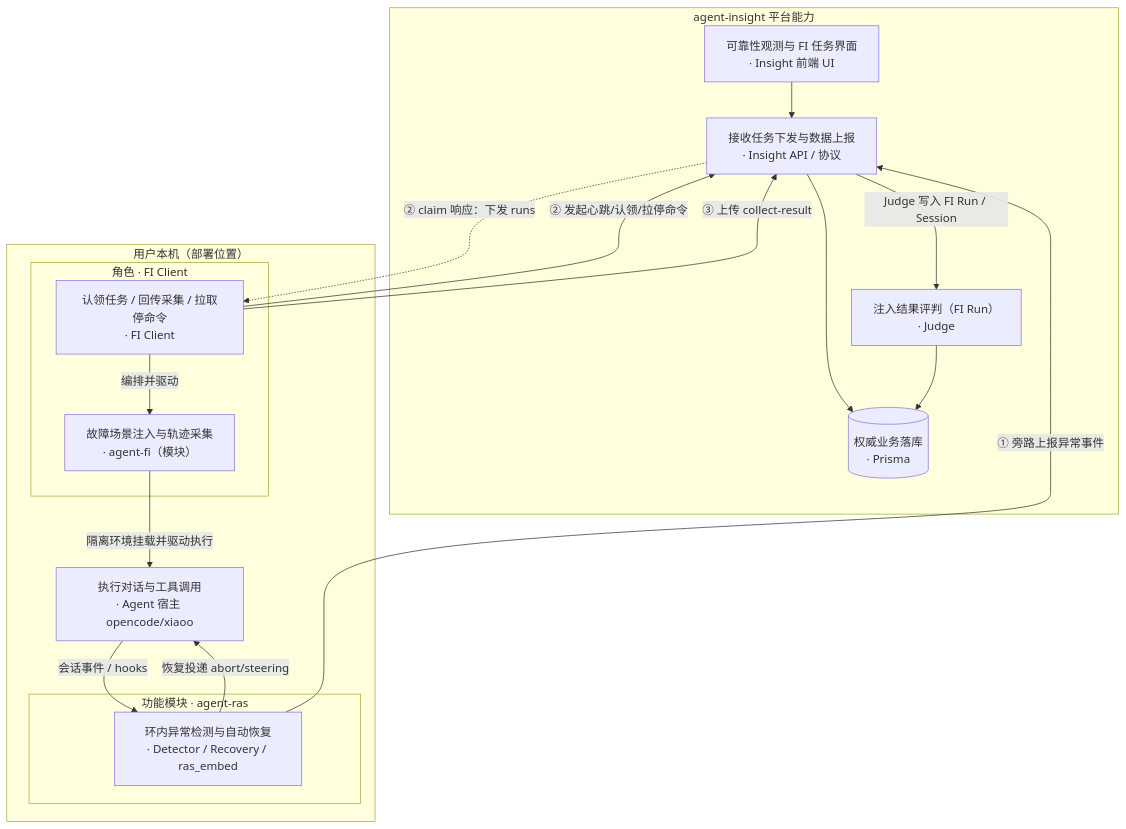
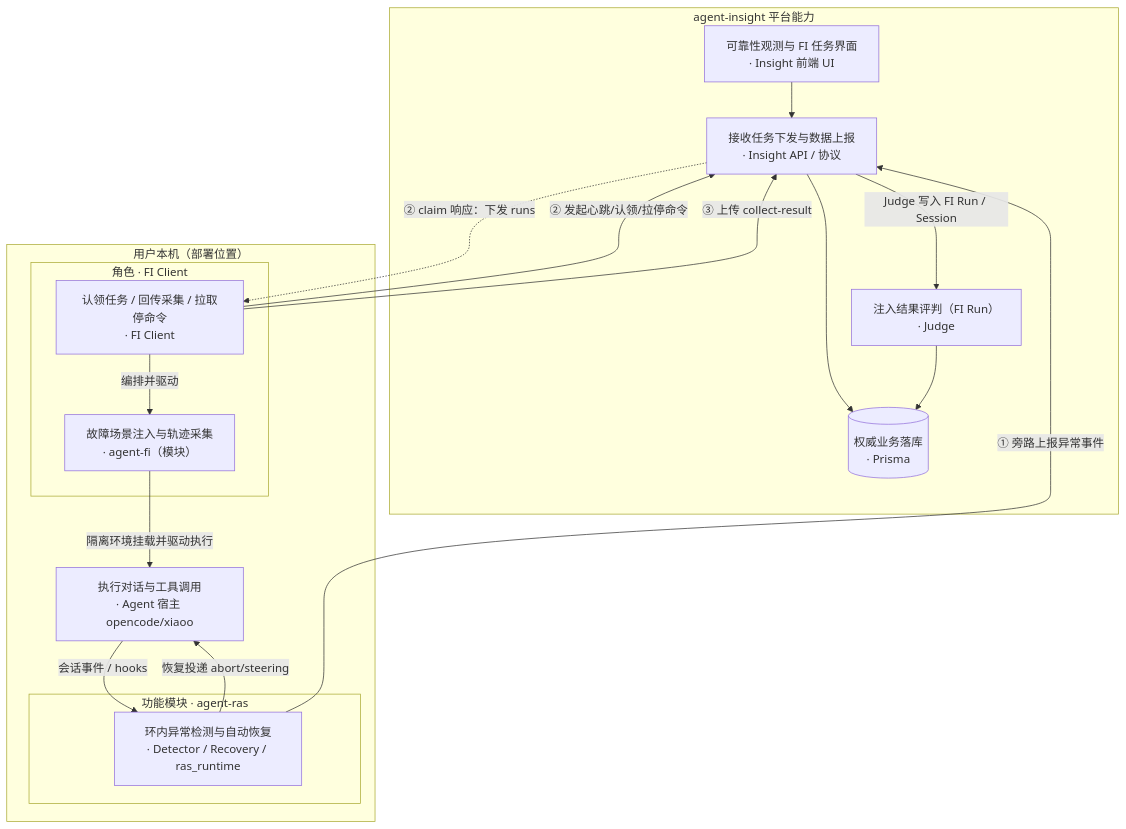
The first of 8 diagrams in docs/agent-fault-injection/designs/ras-fi-insight-relationship.md (openeuler-mirror/agent-insight), drawn with Mermaid before and after one commit. The commit also changed other lines of this file and 18 other files, not shown here.

First line of the commit message:
docs(ras): 同步分层搬家与 ras_runtime 更名后的文档引用

````diff
--- a/docs/agent-fault-injection/designs/ras-fi-insight-relationship.md
+++ b/docs/agent-fault-injection/designs/ras-fi-insight-relationship.md
@@ -23,30 +23,30 @@
 ```mermaid
 flowchart TB
   subgraph insight ["agent-insight 平台能力"]
     UI["可靠性观测与 FI 任务界面<br/>· Insight 前端 UI"]
     API["接收任务下发与数据上报<br/>· Insight API / 协议"]
     DB[("权威业务落库<br/>· Prisma")]
     Judge["注入结果评判（FI Run）<br/>· Judge"]
   end
   subgraph client ["用户本机（部署位置）"]
     Host["执行对话与工具调用<br/>· Agent 宿主 opencode/xiaoo"]
     subgraph rasMod ["功能模块 · agent-ras"]
-      RAS["环内异常检测与自动恢复<br/>· Detector / Recovery / ras_embed"]
+      RAS["环内异常检测与自动恢复<br/>· Detector / Recovery / ras_runtime"]
     end
     subgraph fiMod ["角色 · FI Client"]
       FIC["认领任务 / 回传采集 / 拉取停命令<br/>· FI Client"]
       FI["故障场景注入与轨迹采集<br/>· agent-fi（模块）"]
     end
   end
   UI --> API --> DB
   Judge --> DB
   Host -->|"会话事件 / hooks"| RAS
   RAS -->|"恢复投递 abort/steering"| Host
   FIC -->|编排并驱动| FI
   FI -->|"隔离环境挂载并驱动执行"| Host
   RAS -->|"① 旁路上报异常事件"| API
   FIC -->|"② 发起心跳/认领/拉停命令"| API
   API -.->|"② claim 响应：下发 runs"| FIC
   FIC -->|"③ 上传 collect-result"| API
   API -->|"Judge 写入 FI Run / Session"| Judge
 ```
````
